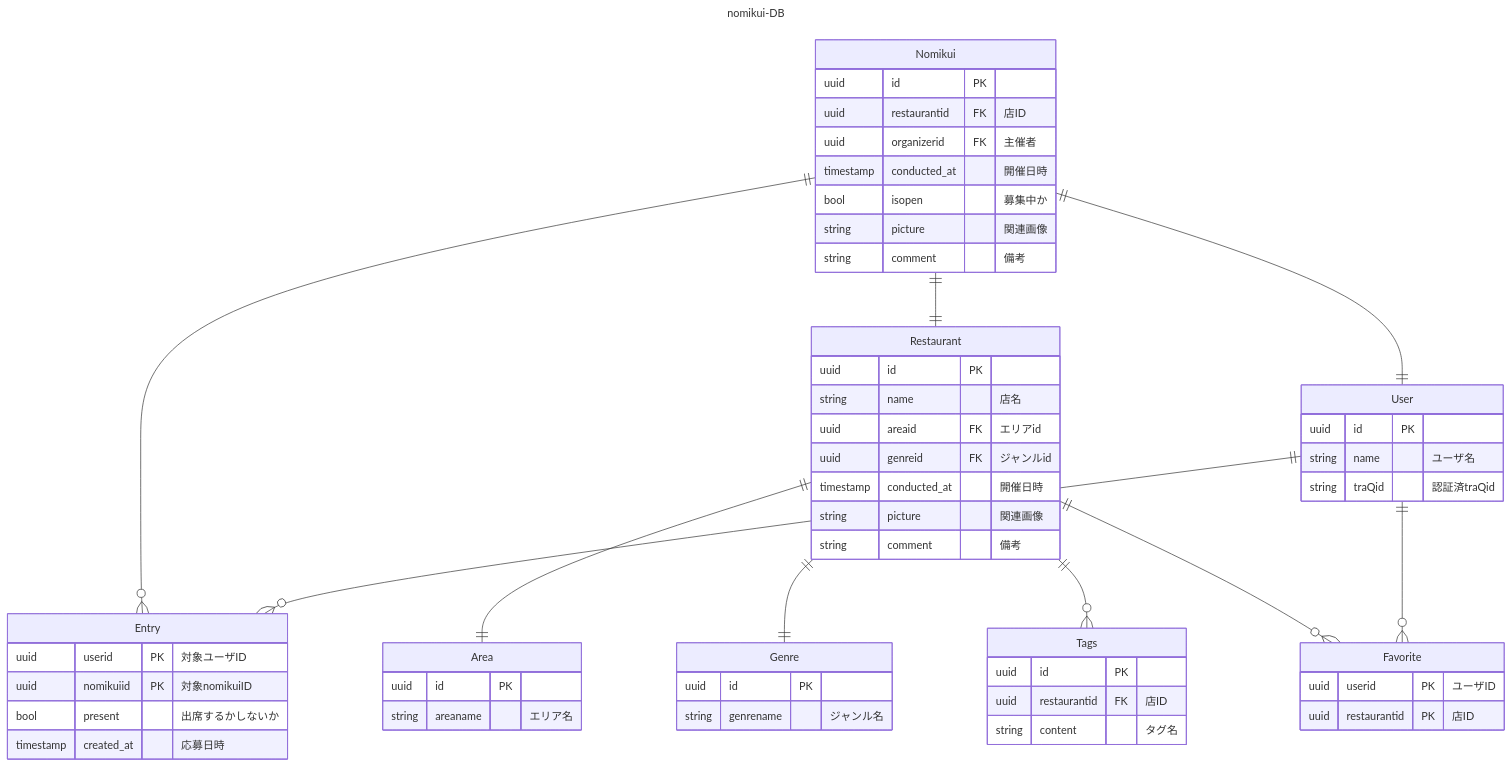
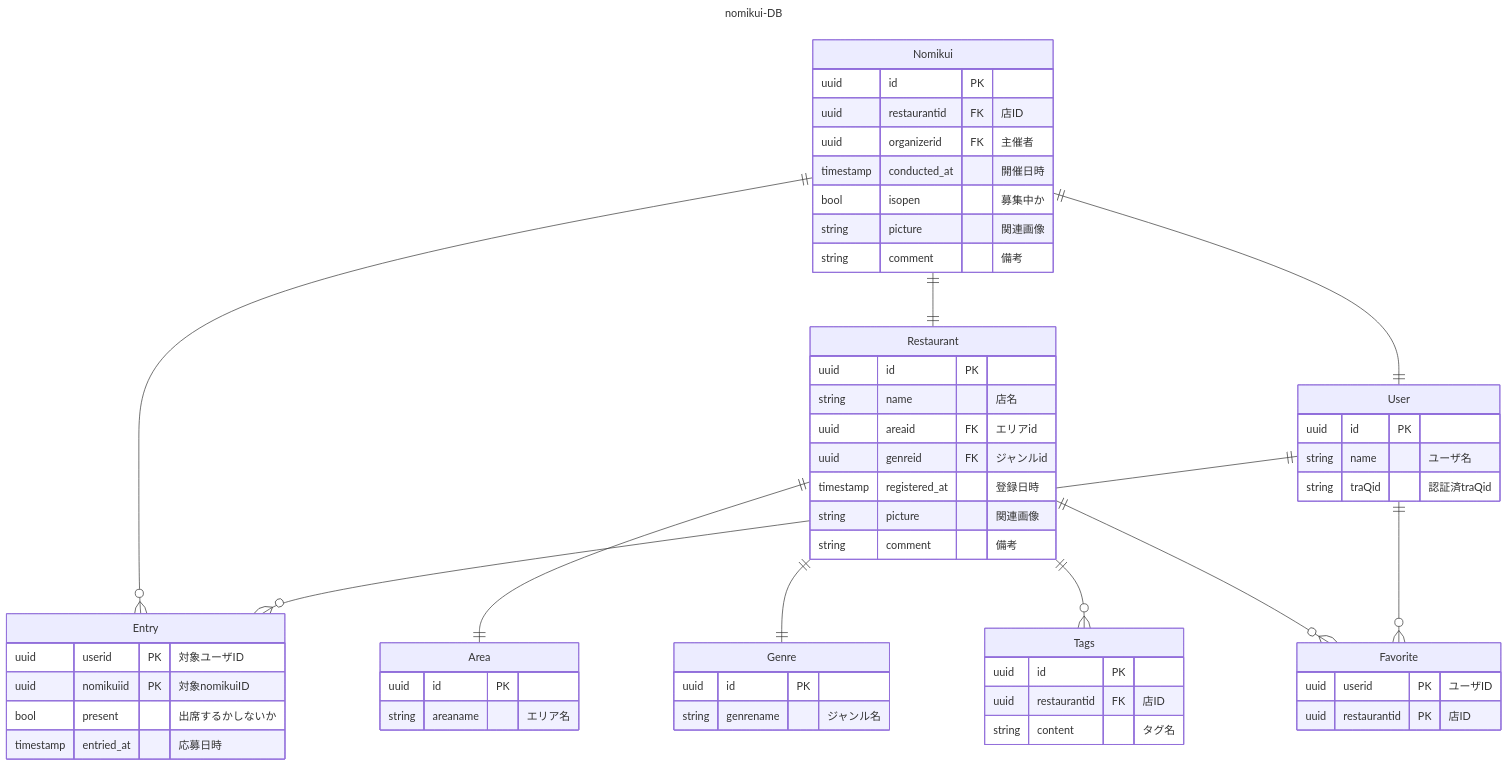
One commit to alter334/nomikui-match changed the diagram in README.md. Above: the diagram before and after it, drawn with Mermaid. The commit also changed 6 other files, not shown here.

````diff
--- a/README.md
+++ b/README.md
@@ -4,73 +4,73 @@
 ```mermaid
 ---
 title: nomikui-DB
 ---
 erDiagram
 
   Nomikui ||--o{ Entry : ""
   Nomikui ||--|| Restaurant : ""
   Nomikui ||--|| User : ""
 
   Restaurant ||--|| Area : ""
   Restaurant ||--|| Genre : ""
   Restaurant ||--o{ Tags : ""
   Restaurant ||--o{ Favorite :""
 
   User ||--o{ Favorite : ""
   User ||--o{ Entry : ""
 
   Nomikui {
     uuid id PK
     uuid restaurantid FK "店ID"
     uuid organizerid FK "主催者"
     timestamp conducted_at "開催日時"
     bool isopen "募集中か"
     string picture "関連画像"
     string comment "備考"
   }
 
   Entry {
     uuid userid PK "対象ユーザID"
     uuid nomikuiid PK "対象nomikuiID"
     bool present "出席するかしないか"
-    timestamp created_at "応募日時"
+    timestamp entried_at "応募日時"
   }
 
   Restaurant {
     uuid id PK
     string name "店名"
     uuid areaid FK "エリアid"
     uuid genreid FK "ジャンルid"
-    timestamp conducted_at "開催日時"
+    timestamp registered_at "登録日時"
     string picture "関連画像"
     string comment "備考"
   }
 
   User {
     uuid id PK
     string name "ユーザ名"
     string traQid "認証済traQid"
   }
 
   Area {
     uuid id PK
     string areaname "エリア名"
   }
 
   Genre {
     uuid id PK 
     string genrename "ジャンル名"
   }
 
   Tags {
     uuid id PK
     uuid restaurantid FK "店ID"
     string content "タグ名"
   }
 
   Favorite {
     uuid userid PK "ユーザID"
     uuid restaurantid PK "店ID"
   }
 
 ```
````
